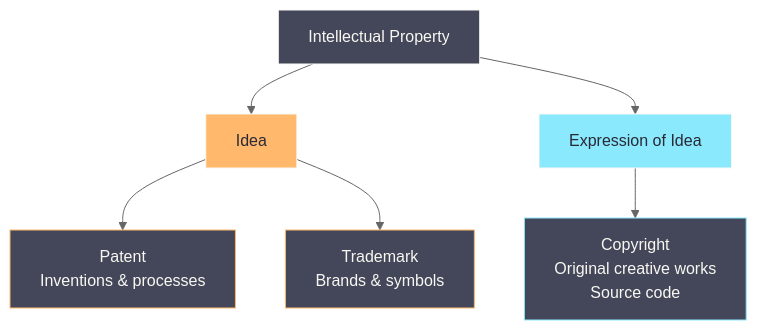
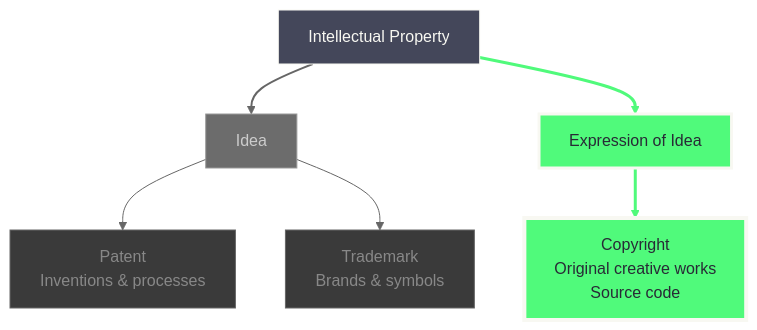
One commit to IndrajeetPatil/foss-for-enterprise changed the first of 2 diagrams in index.qmd. Above: the diagram before and after it, drawn with Mermaid (neutral theme).

Commit message:
highlight copyright part of IP

````diff
--- a/index.qmd
+++ b/index.qmd
@@ -169,20 +169,26 @@
 ```{mermaid}
 %%| eval: true
 %%| echo: false
 flowchart TD
     IP[Intellectual Property]
     IP --> Ideas[Idea]
     IP --> Expression[Expression of Idea]
 
     Ideas --> Patent[Patent<br/>Inventions & processes]
     Ideas --> Trademark[Trademark<br/>Brands & symbols]
 
     Expression --> Copyright[Copyright<br/>Original creative works<br/>Source code]
 
     style IP fill:#44475a,stroke:#f8f8f2,color:#f8f8f2
-    style Ideas fill:#ffb86c,stroke:#f8f8f2,color:#282a36
-    style Expression fill:#8be9fd,stroke:#f8f8f2,color:#282a36
-    style Patent fill:#44475a,stroke:#ffb86c,color:#f8f8f2
-    style Trademark fill:#44475a,stroke:#ffb86c,color:#f8f8f2
-    style Copyright fill:#44475a,stroke:#8be9fd,color:#f8f8f2
+    style Ideas fill:#6c6c6c,stroke:#999999,color:#cccccc
+    style Expression fill:#50fa7b,stroke:#f8f8f2,color:#282a36,stroke-width:3px
+    style Patent fill:#3a3a3a,stroke:#666666,color:#888888
+    style Trademark fill:#3a3a3a,stroke:#666666,color:#888888
+    style Copyright fill:#50fa7b,stroke:#f8f8f2,color:#282a36,stroke-width:4px
+
+    linkStyle 0 stroke:#666666,stroke-width:2px
+    linkStyle 1 stroke:#50fa7b,stroke-width:3px
+    linkStyle 2 stroke:#666666,stroke-width:1px
+    linkStyle 3 stroke:#666666,stroke-width:1px
+    linkStyle 4 stroke:#50fa7b,stroke-width:3px
 ```
````
